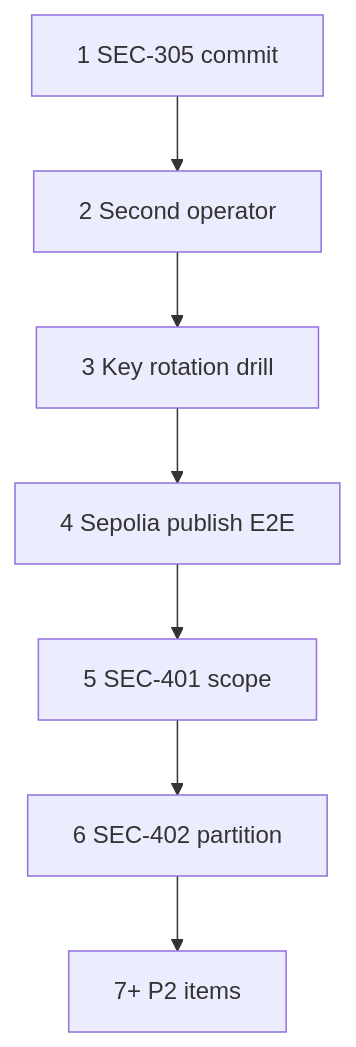
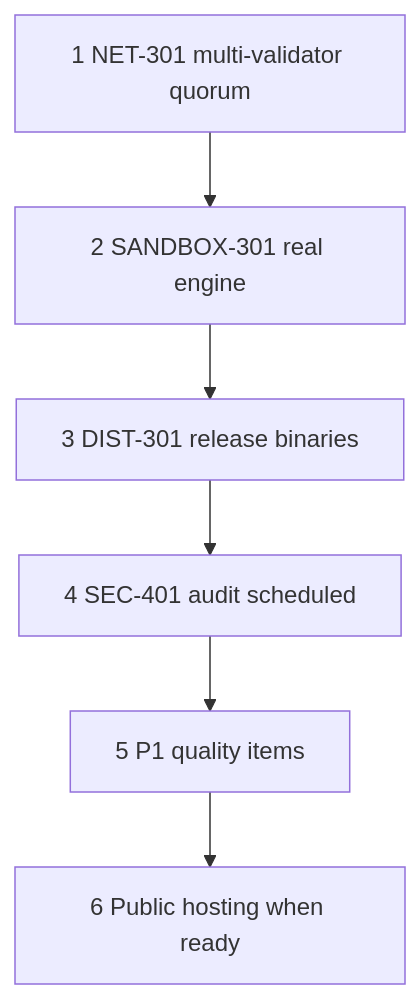
The diagram in docs/NEXT_WORK.md (samuel-1-avson/chain-registry-blockchain-CREG-), drawn with Mermaid before and after one commit. The commit also changed other lines of this file and 7 other files, not shown here.

````diff
--- a/docs/NEXT_WORK.md
+++ b/docs/NEXT_WORK.md
@@ -58,9 +80,8 @@
 ```mermaid
 flowchart TD
-    W1[1 SEC-305 commit] --> W2[2 Second operator]
-    W2 --> W3[3 Key rotation drill]
-    W3 --> W4[4 Sepolia publish E2E]
-    W4 --> W5[5 SEC-401 scope]
-    W5 --> W6[6 SEC-402 partition]
-    W6 --> W7[7+ P2 items]
+    S1[1 NET-301 multi-validator quorum] --> S2[2 SANDBOX-301 real engine]
+    S2 --> S3[3 DIST-301 release binaries]
+    S3 --> S4[4 SEC-401 audit scheduled]
+    S4 --> S5[5 P1 quality items]
+    S5 --> S6[6 Public hosting when ready]
 ```
````
